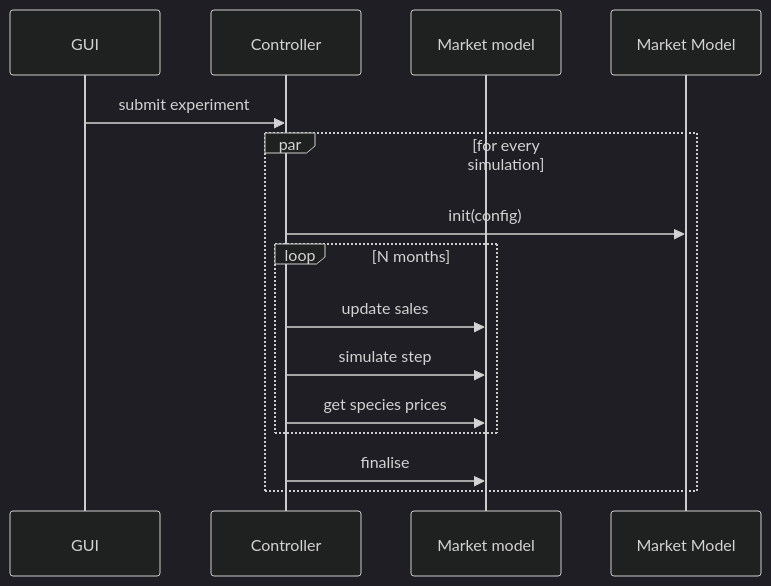
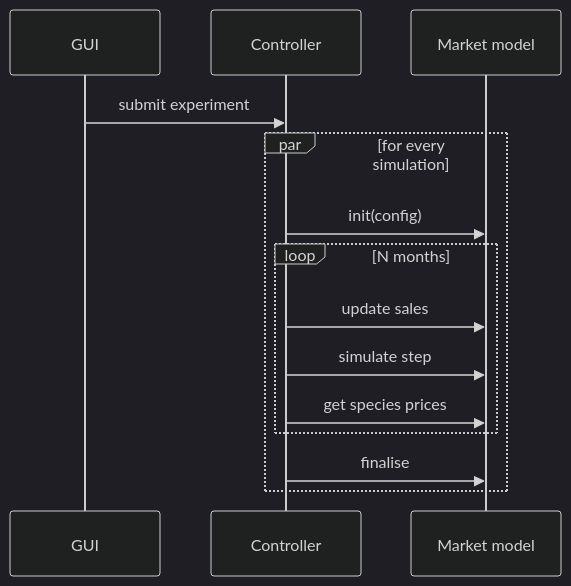
The first of 2 diagrams in deliverables/D3.1 - System dynamics model/D3.1 - System dynamics model.md (SURIMI-Project/SURIMI-project), drawn with Mermaid (dark theme) before and after one commit. The commit also changed other lines of this file, not shown here.

````diff
--- a/deliverables/D3.1 - System dynamics model/D3.1 - System dynamics model.md
+++ b/deliverables/D3.1 - System dynamics model/D3.1 - System dynamics model.md
@@ -58,20 +58,20 @@
 ```mermaid
 sequenceDiagram
     participant GUI
     participant Controller
     participant Market model
 
     GUI ->> Controller : submit experiment
 
     par for every simulation
-        Controller ->> Market Model : init(config)
+        Controller ->> Market model : init(config)
 
         loop N months
             Controller ->> Market model : update sales
             Controller ->> Market model : simulate step
             Controller ->> Market model : get species prices
         end
 
         Controller ->> Market model : finalise
     end
 ```
````
